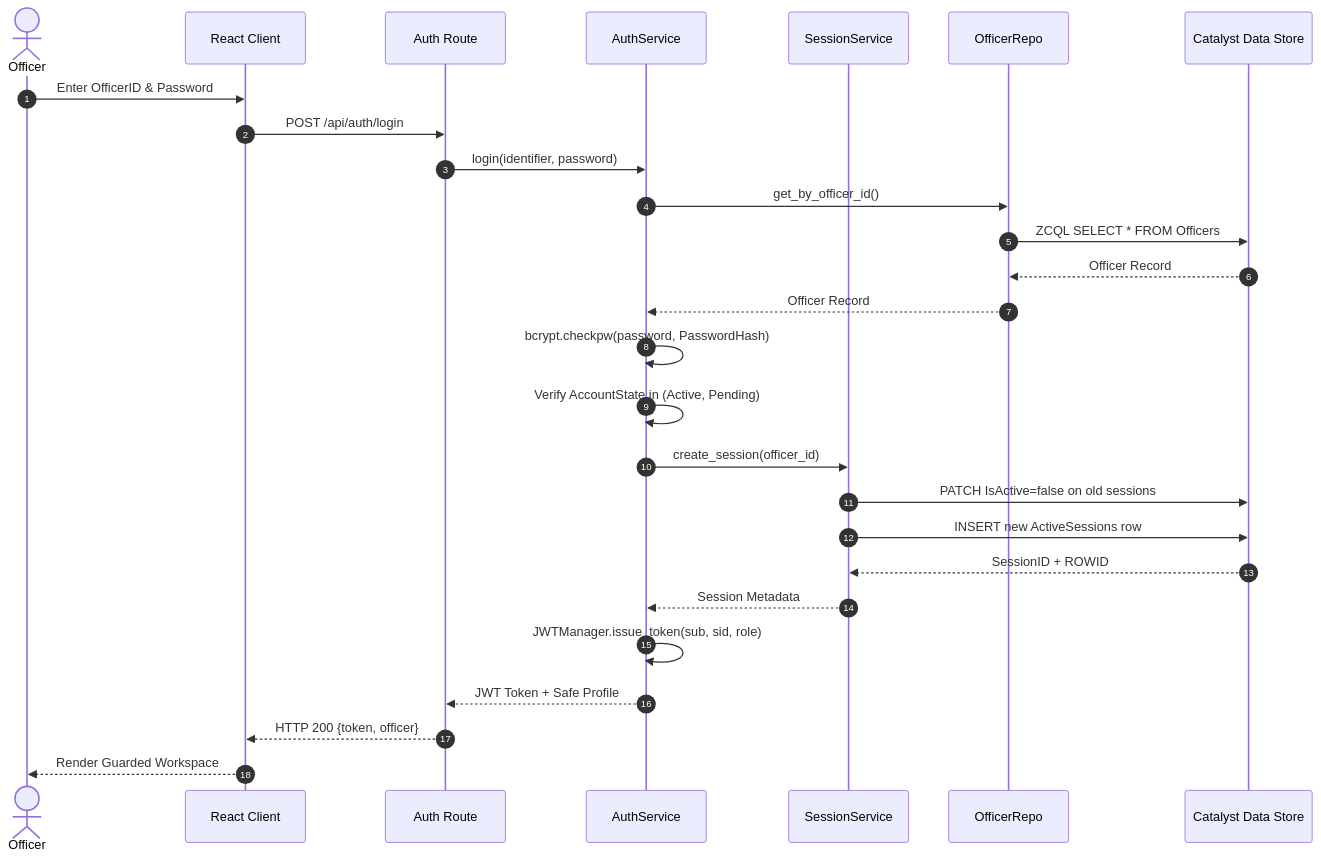
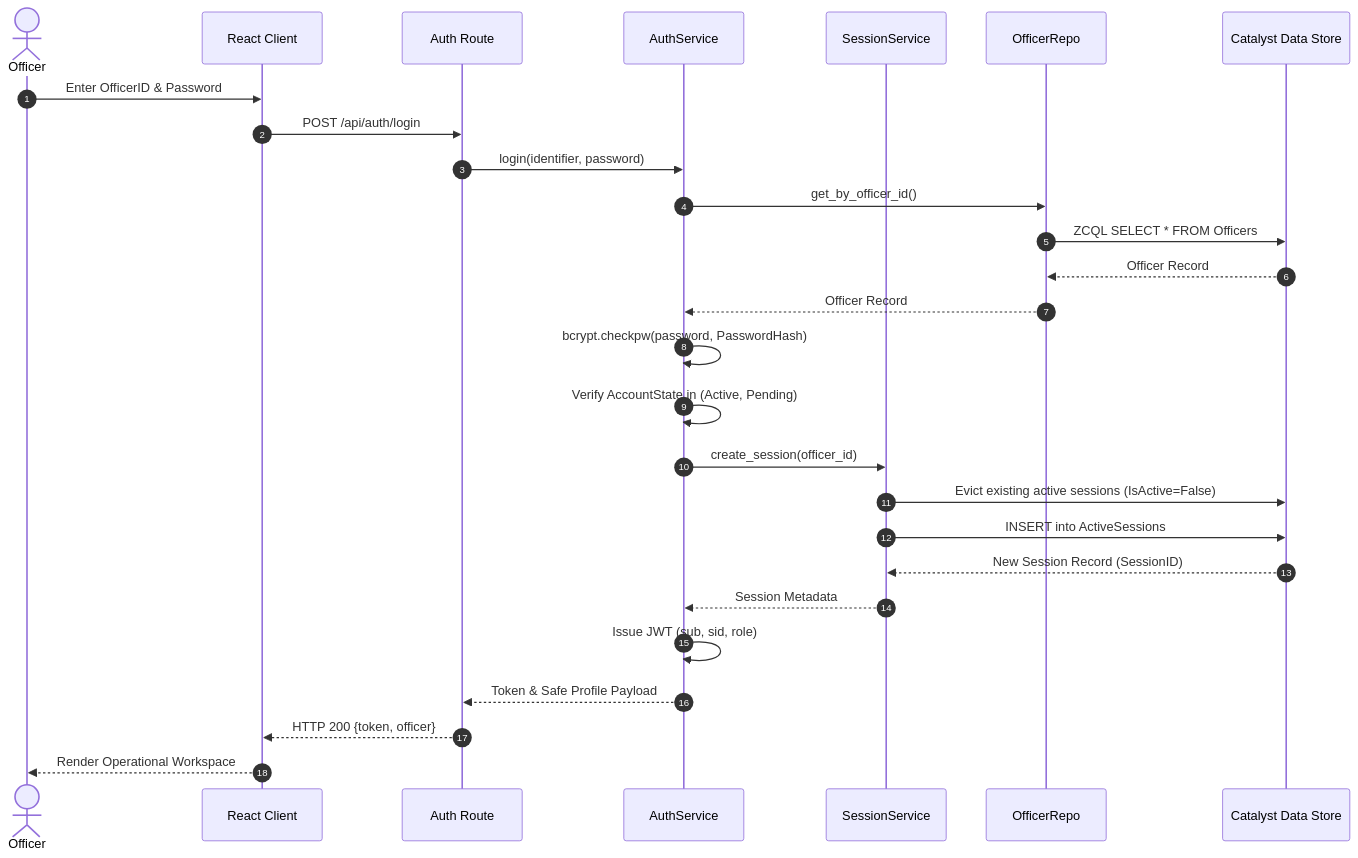
One commit to Abhirupmandal/Sentinel-KSP changed the second of 4 diagrams in README.md. Above: the diagram before and after it, drawn with Mermaid. The commit also changed other lines of this file and 1 other file, not shown here.

Commit message:
docs: overhaul HLD and README architecture diagrams to match enterprise reference style

````diff
--- a/README.md
+++ b/README.md
@@ -579,30 +165,30 @@
 ```mermaid
 sequenceDiagram
     autonumber
     actor Officer
     participant Client as React Client
     participant AuthRoute as Auth Route
     participant AuthSvc as AuthService
     participant SessSvc as SessionService
     participant OfficerRepo as OfficerRepo
     participant CatDS as Catalyst Data Store
 
     Officer->>Client: Enter OfficerID & Password
     Client->>AuthRoute: POST /api/auth/login
     AuthRoute->>AuthSvc: login(identifier, password)
     AuthSvc->>OfficerRepo: get_by_officer_id()
     OfficerRepo->>CatDS: ZCQL SELECT * FROM Officers
     CatDS-->>OfficerRepo: Officer Record
     OfficerRepo-->>AuthSvc: Officer Record
     AuthSvc->>AuthSvc: bcrypt.checkpw(password, PasswordHash)
     AuthSvc->>AuthSvc: Verify AccountState in (Active, Pending)
     AuthSvc->>SessSvc: create_session(officer_id)
-    SessSvc->>CatDS: PATCH IsActive=false on old sessions
-    SessSvc->>CatDS: INSERT new ActiveSessions row
-    CatDS-->>SessSvc: SessionID + ROWID
+    SessSvc->>CatDS: Evict existing active sessions (IsActive=False)
+    SessSvc->>CatDS: INSERT into ActiveSessions
+    CatDS-->>SessSvc: New Session Record (SessionID)
     SessSvc-->>AuthSvc: Session Metadata
-    AuthSvc->>AuthSvc: JWTManager.issue_token(sub, sid, role)
-    AuthSvc-->>AuthRoute: JWT Token + Safe Profile
+    AuthSvc->>AuthSvc: Issue JWT (sub, sid, role)
+    AuthSvc-->>AuthRoute: Token & Safe Profile Payload
     AuthRoute-->>Client: HTTP 200 {token, officer}
-    Client-->>Officer: Render Guarded Workspace
+    Client-->>Officer: Render Operational Workspace
 ```
````
